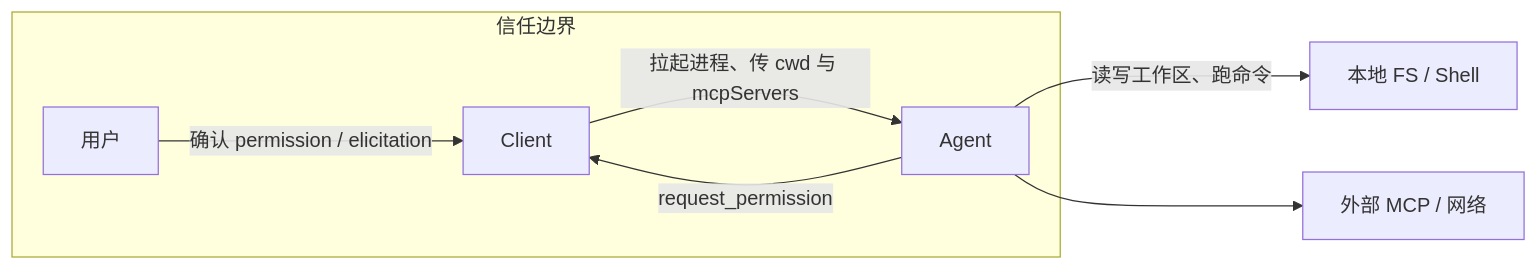
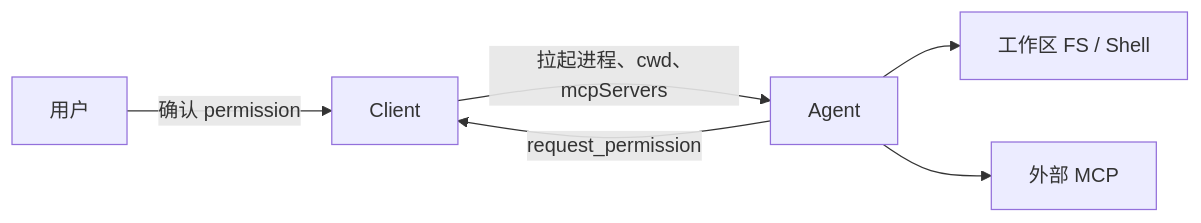
Before and after one commit to PerfectPan/wiki: the second of 5 diagrams in wiki/topics/ai/Agent Client Protocol.md, drawn with Mermaid. The commit also changed other lines of this file and 1 other file, not shown here.

````diff
--- a/wiki/topics/ai/Agent Client Protocol.md
+++ b/wiki/topics/ai/Agent Client Protocol.md
@@ -79,13 +72,8 @@
 ```mermaid
 flowchart LR
-  subgraph trust [信任边界]
-    User[用户]
-    Client[Client]
-    Agent[Agent]
-  end
-  User -->|确认 permission / elicitation| Client
-  Client -->|拉起进程、传 cwd 与 mcpServers| Agent
+  User[用户] -->|确认 permission| Client
+  Client -->|拉起进程、cwd、mcpServers| Agent
   Agent -->|request_permission| Client
-  Agent -->|读写工作区、跑命令| FS[本地 FS / Shell]
-  Agent --> Ext[外部 MCP / 网络]
+  Agent --> FS[工作区 FS / Shell]
+  Agent --> Ext[外部 MCP]
 ```
````
